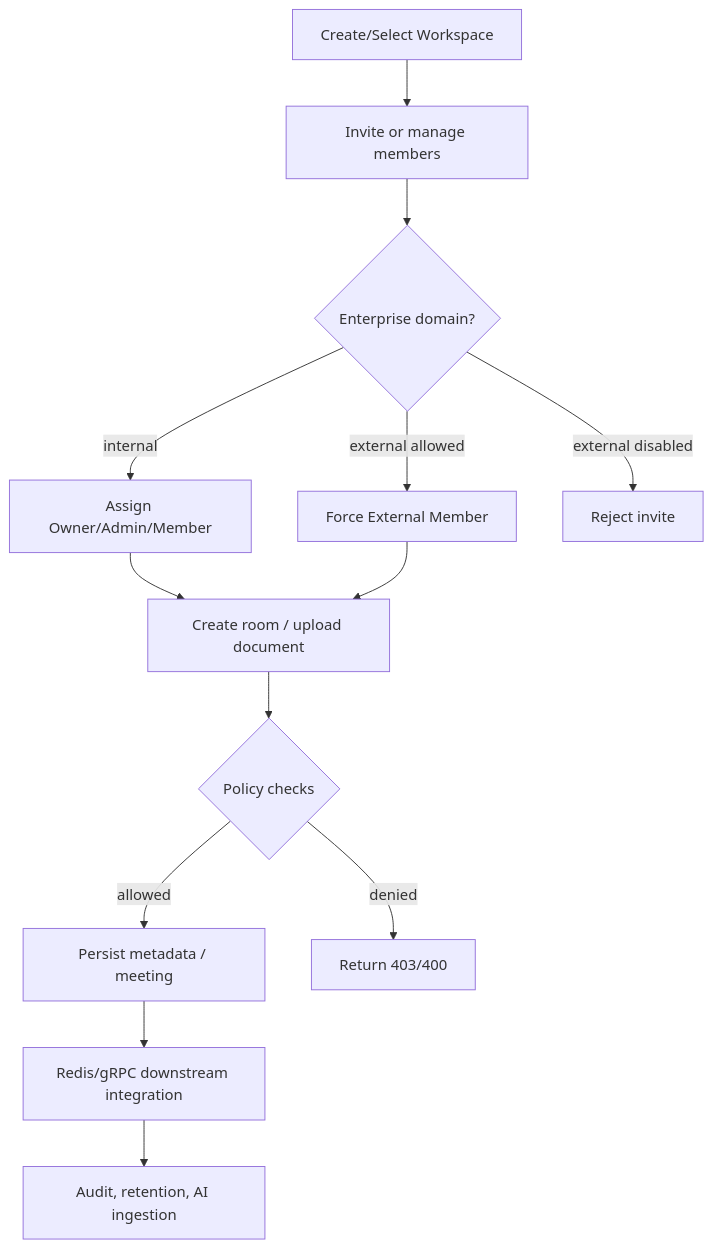
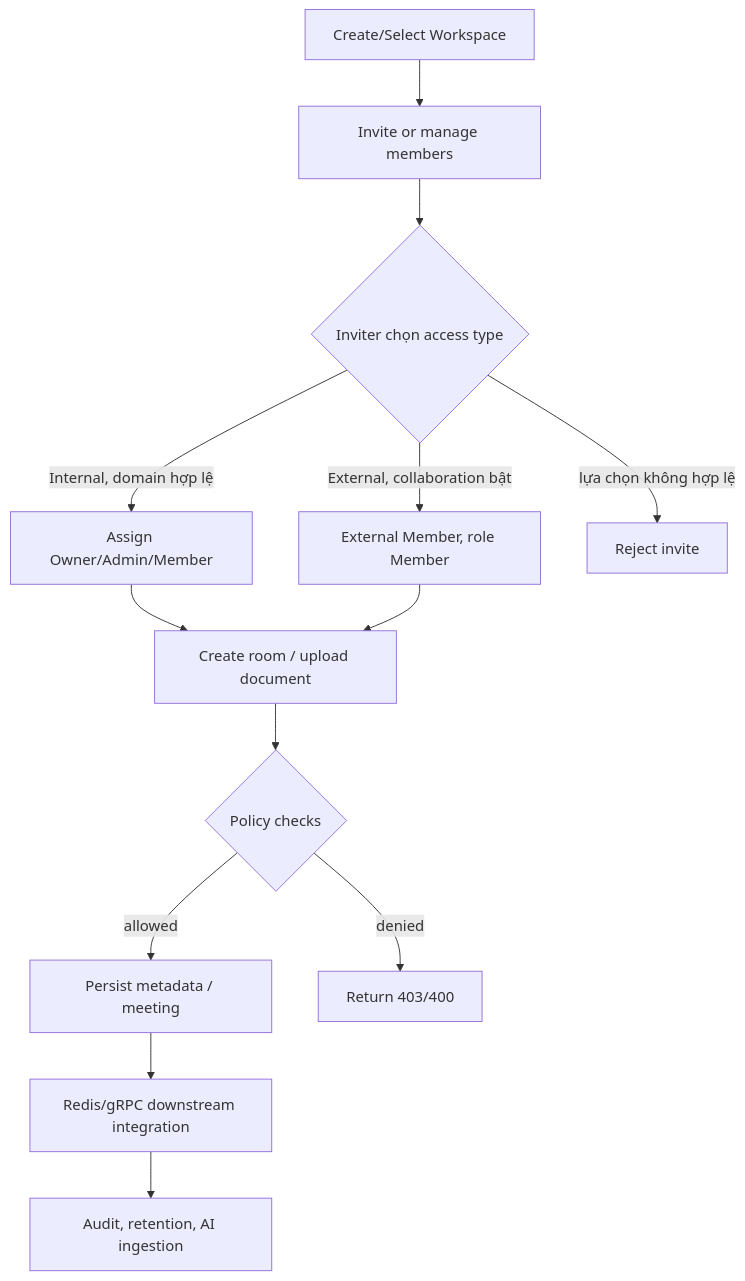
The third of 8 diagrams in specs/workspace-module-requirements/workspace-module-overview.md (WarpTalk-CapstoneProject/warptalk-backend), drawn with Mermaid before and after one commit. The commit also changed other lines of this file and 19 other files, not shown here.

````diff
--- a/specs/workspace-module-requirements/workspace-module-overview.md
+++ b/specs/workspace-module-requirements/workspace-module-overview.md
@@ -385,15 +385,15 @@
 ```mermaid
 flowchart TD
 A["Create/Select Workspace"] --> B["Invite or manage members"]
-B --> C{"Enterprise domain?"}
-C -->|internal| D["Assign Owner/Admin/Member"]
-C -->|external allowed| E["Force External Member"]
-C -->|external disabled| X["Reject invite"]
+B --> C{"Inviter chọn access type"}
+C -->|Internal, domain hợp lệ| D["Assign Owner/Admin/Member"]
+C -->|External, collaboration bật| E["External Member, role Member"]
+C -->|lựa chọn không hợp lệ| X["Reject invite"]
 D --> F["Create room / upload document"]
 E --> F
 F --> G{"Policy checks"}
 G -->|allowed| H["Persist metadata / meeting"]
 G -->|denied| Y["Return 403/400"]
 H --> I["Redis/gRPC downstream integration"]
 I --> J["Audit, retention, AI ingestion"]
 ```
````
